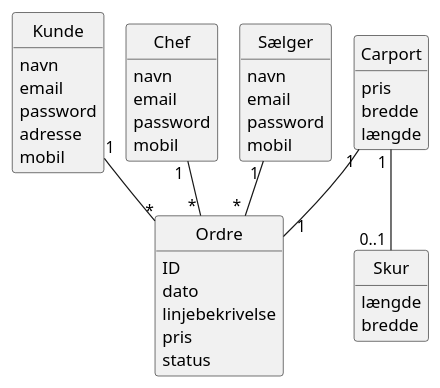
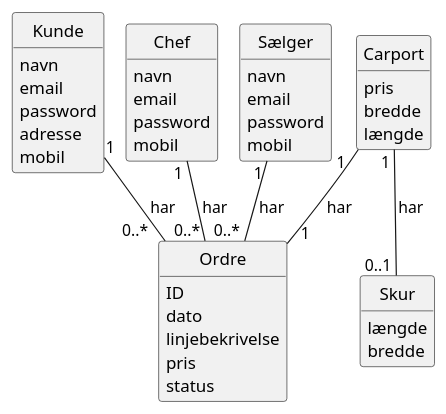
One commit to babanoelk/FogsCarport changed the diagram in documents/diagrams/domain/domain.puml. Above: the diagram before and after it, drawn with PlantUML. The commit also changed 1 other file, not shown here.

```diff
--- a/documents/diagrams/domain/domain.puml
+++ b/documents/diagrams/domain/domain.puml
@@ -1,58 +1,58 @@
 @startuml
 'https://plantuml.com/class-diagram
 !pragma layout smetana
 
 hide circle
 hide methods
 
 class Kunde {
 navn
 email
 password
 adresse
 mobil
 }
 
 class Ordre{
 ID
 dato
 linjebekrivelse
 pris
 status
 }
 
 class Chef{
 navn
 email
 password
 mobil
 }
 
 class Sælger{
 navn
 email
 password
 mobil
 }
 
 class Carport{
 pris
 bredde
 længde
 }
 
 class Skur{
 længde
 bredde
 }
 
-Carport "1 " -- "0..1 " Skur
-Chef "1 " -- " * " Ordre
-Sælger "1 " -- " * " Ordre
-Kunde "1 " -- "*" Ordre
-Carport "1 " -- "   1" Ordre
+Carport "1 " -- "0..1 " Skur: har
+Chef "1 " -- " 0..* " Ordre: har
+Sælger "1 " -- " 0..* " Ordre: har
+Kunde "1 " -- " 0..*    " Ordre: har
+Carport "1   " -- "   1" Ordre: har
 
 
 
 
 @enduml
```
